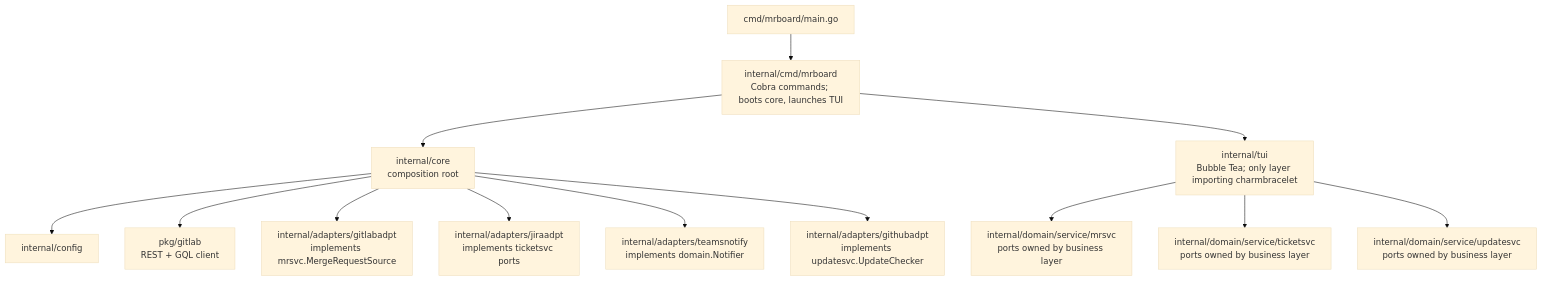
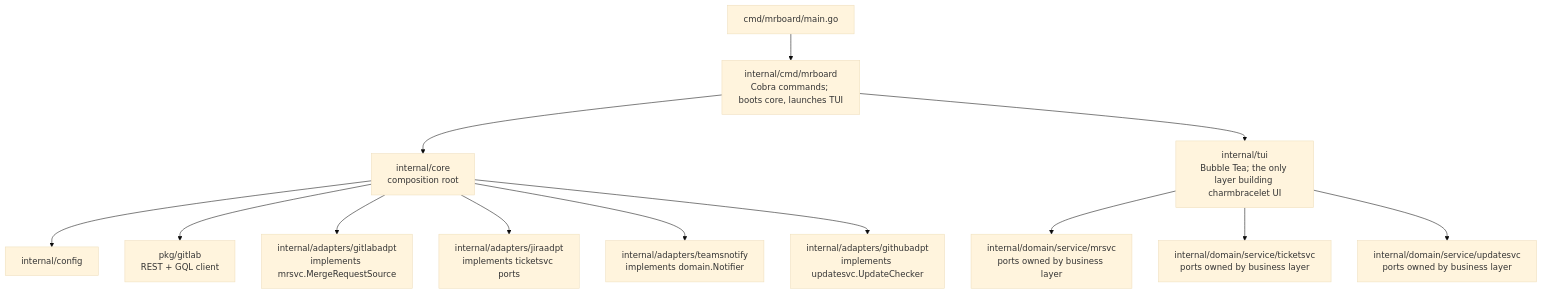
The first of 2 diagrams in docs/architecture.md (ceffo/mrboard), drawn with Mermaid (base theme) before and after one commit. The commit also changed other lines of this file and 13 other files, not shown here.

````diff
--- a/docs/architecture.md
+++ b/docs/architecture.md
@@ -8,15 +8,15 @@
 ```mermaid
 graph TD
     A["cmd/mrboard/main.go"] --> B["internal/cmd/mrboard<br>Cobra commands; boots core, launches TUI"]
     B --> C["internal/core<br>composition root"]
     C --> D["internal/config"]
     C --> E["pkg/gitlab<br>REST + GQL client"]
     C --> F["internal/adapters/gitlabadpt<br>implements mrsvc.MergeRequestSource"]
     C --> J["internal/adapters/jiraadpt<br>implements ticketsvc ports"]
     C --> K["internal/adapters/teamsnotify<br>implements domain.Notifier"]
     C --> M["internal/adapters/githubadpt<br>implements updatesvc.UpdateChecker"]
-    B --> G["internal/tui<br>Bubble Tea; only layer importing charmbracelet"]
+    B --> G["internal/tui<br>Bubble Tea; the only layer building charmbracelet UI"]
     G --> H["internal/domain/service/mrsvc<br>ports owned by business layer"]
     G --> L["internal/domain/service/ticketsvc<br>ports owned by business layer"]
     G --> N["internal/domain/service/updatesvc<br>ports owned by business layer"]
 ```
````
